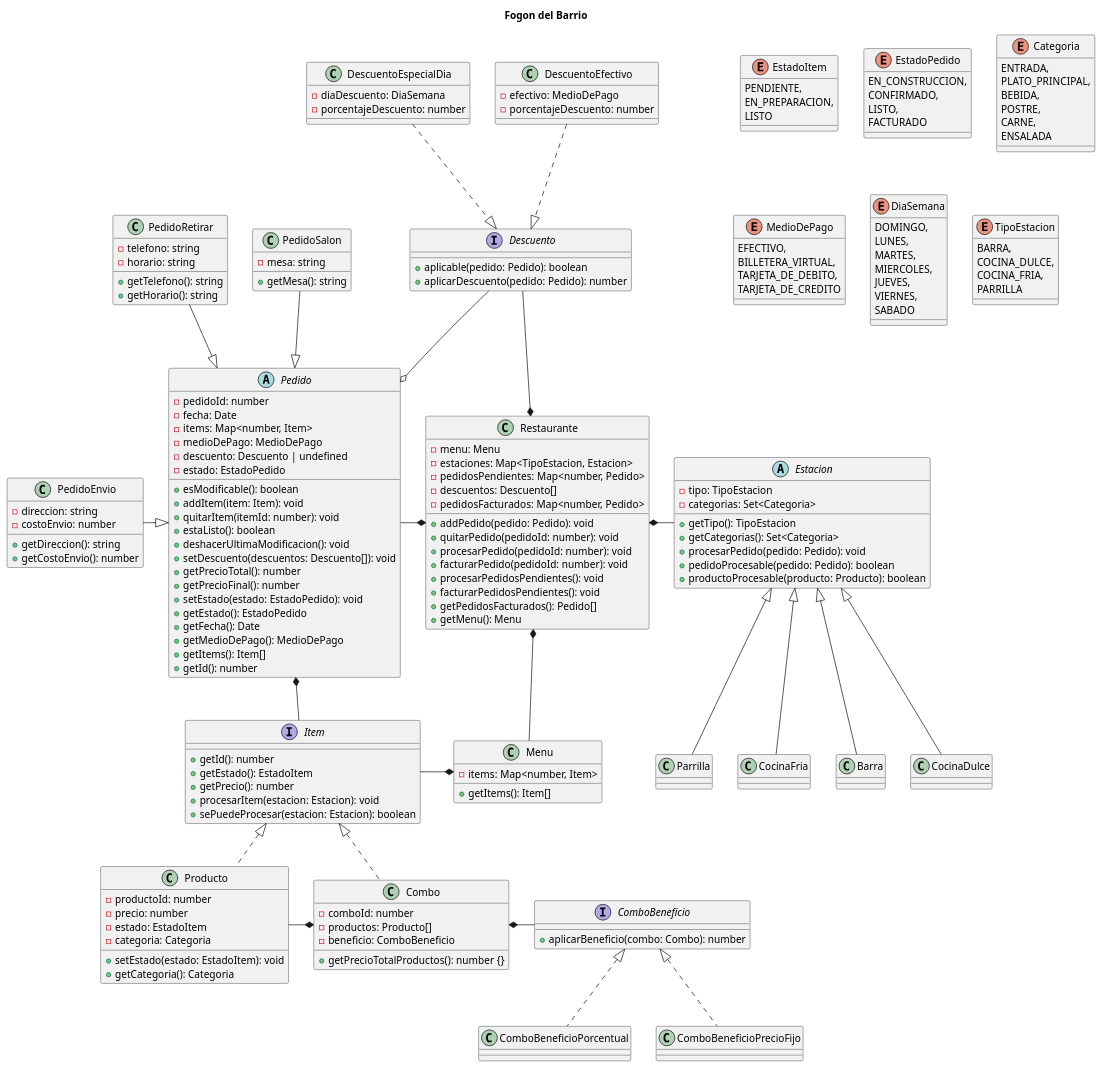
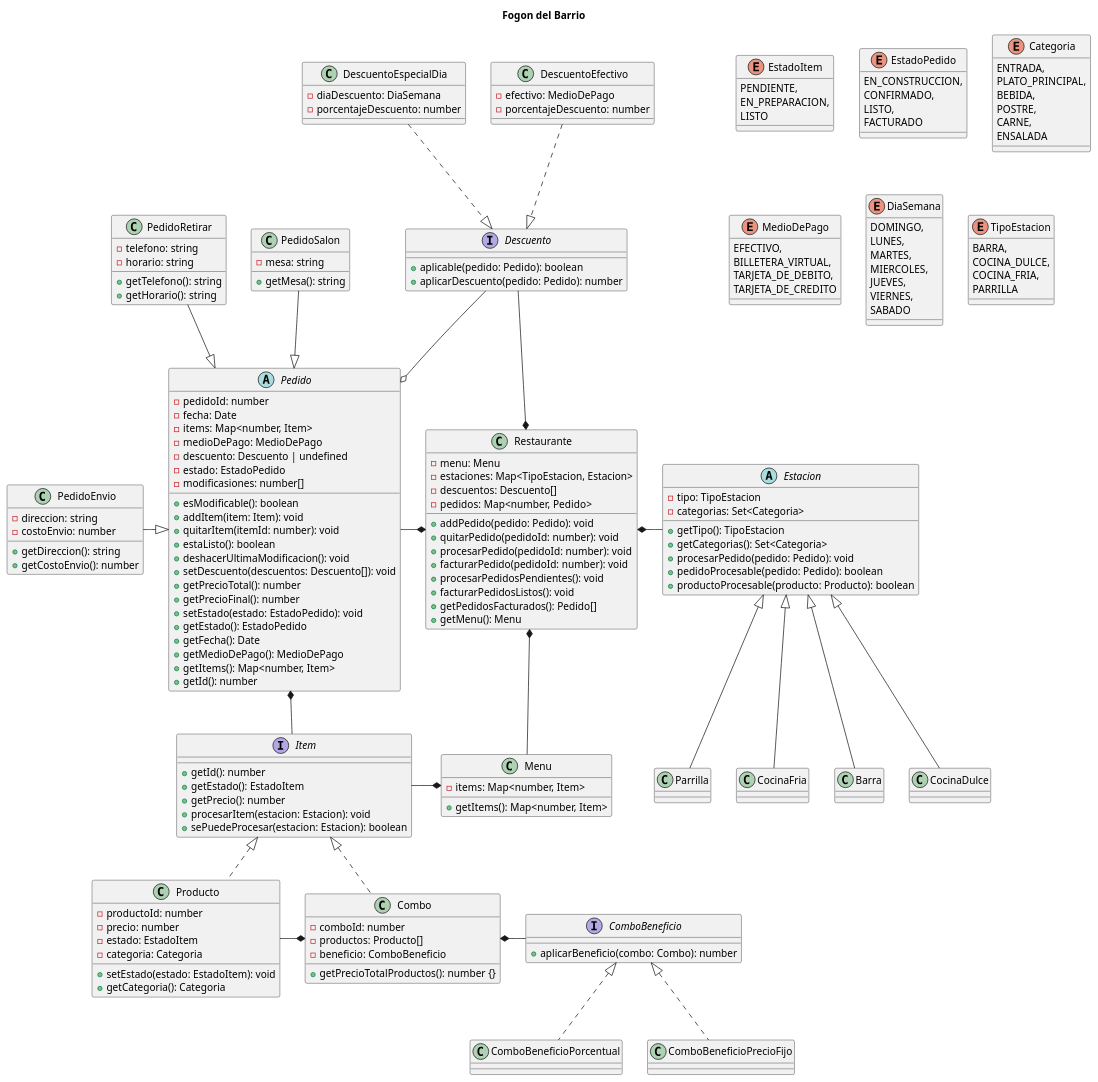
Before and after one commit to JuanJauregui2014/Tp-cuatrimestral-programacion-II: the diagram in diagramas/diagrama-alternativo.puml, drawn with PlantUML. The commit also changed 23 other files, not shown here.

Commit message:
Actualizo diagrama-alternativo

```diff
--- a/diagramas/diagrama-alternativo.puml
+++ b/diagramas/diagrama-alternativo.puml
@@ -5,16 +5,15 @@
 class Restaurante {
     - menu: Menu
     - estaciones: Map<TipoEstacion, Estacion>
-    - pedidosPendientes: Map<number, Pedido>
     - descuentos: Descuento[]
-    - pedidosFacturados: Map<number, Pedido>
+    - pedidos: Map<number, Pedido>
 
     + addPedido(pedido: Pedido): void
     + quitarPedido(pedidoId: number): void
     + procesarPedido(pedidoId: number): void
     + facturarPedido(pedidoId: number): void
     + procesarPedidosPendientes(): void
-    + facturarPedidosPendientes(): void
+    + facturarPedidosListos(): void
     + getPedidosFacturados(): Pedido[]
     + getMenu(): Menu
 }
@@ -26,6 +25,7 @@
     - medioDePago: MedioDePago
     - descuento: Descuento | undefined
     - estado: EstadoPedido
+    - modificasiones: number[]
 
     + esModificable(): boolean
     + addItem(item: Item): void
@@ -39,7 +39,7 @@
     + getEstado(): EstadoPedido
     + getFecha(): Date
     + getMedioDePago(): MedioDePago
-    + getItems(): Item[]
+    + getItems(): Map<number, Item>
     + getId(): number
 }
 class PedidoSalon {
@@ -94,7 +94,7 @@
 class Menu {
     - items: Map<number, Item>
 
-    + getItems(): Item[]
+    + getItems(): Map<number, Item>
 }
 
 abstract class Estacion {
```
